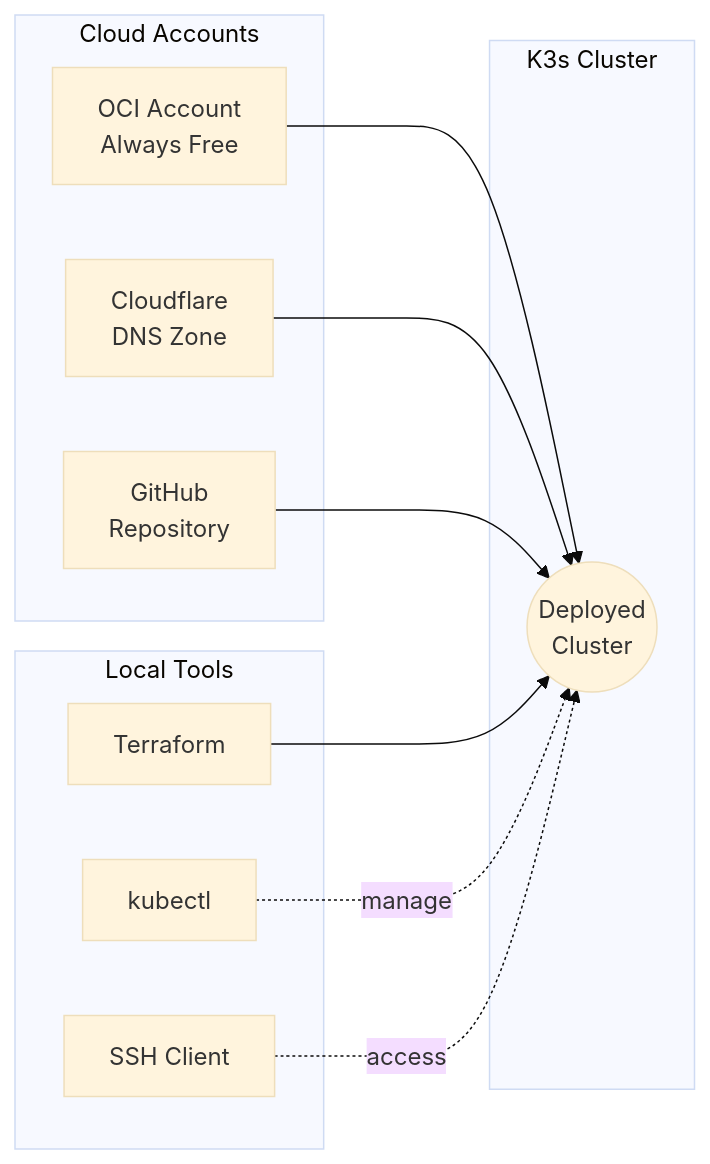
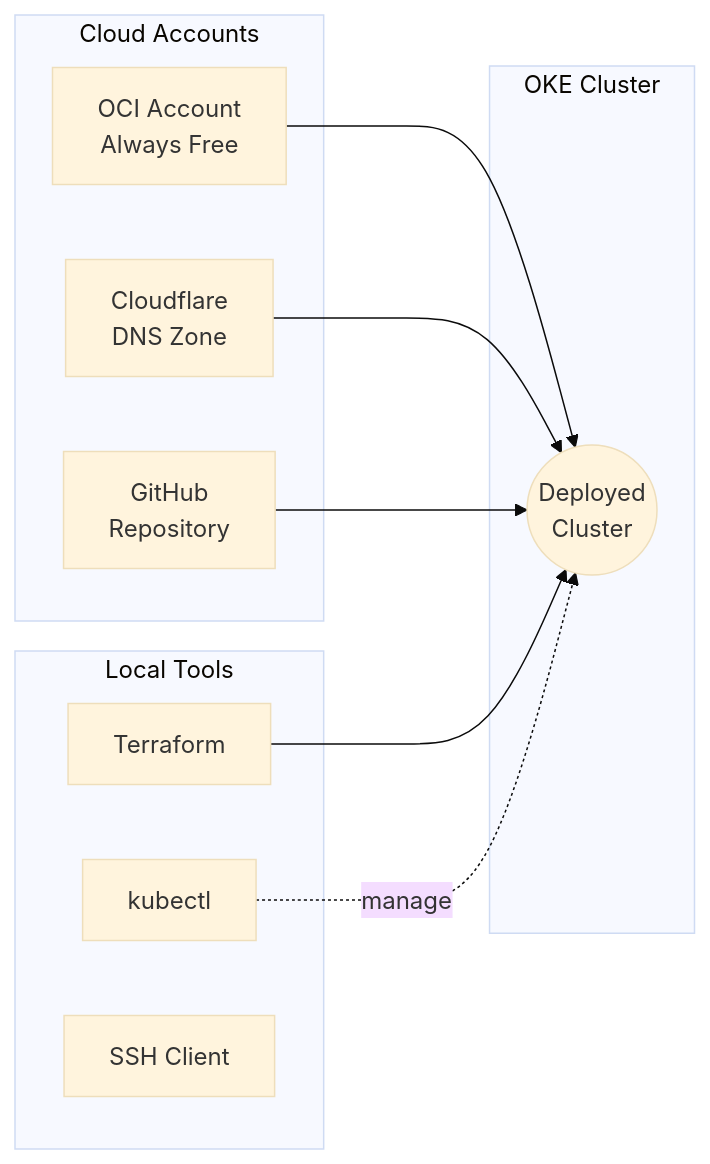
The diagram in docs/src/content/docs/getting-started/prerequisites.md (nsudhanva/k8s-oracle), drawn with Mermaid (base theme) before and after one commit. The commit also changed other lines of this file and 16 other files, not shown here.

Commit message:
docs: update architecture to OKE and fix envoy gateway subnet

````diff
--- a/docs/src/content/docs/getting-started/prerequisites.md
+++ b/docs/src/content/docs/getting-started/prerequisites.md
@@ -6,25 +6,24 @@
 ```mermaid
 flowchart LR
     subgraph Accounts["Cloud Accounts"]
         OCI[OCI Account<br/>Always Free]
         CF[Cloudflare<br/>DNS Zone]
         GH[GitHub<br/>Repository]
     end
 
     subgraph Tools["Local Tools"]
         TF[Terraform]
         KU[kubectl]
         SSH[SSH Client]
     end
 
-    subgraph Cluster["K3s Cluster"]
+    subgraph Cluster["OKE Cluster"]
         K3s((Deployed<br/>Cluster))
     end
 
     OCI --> K3s
     CF --> K3s
     GH --> K3s
     TF --> K3s
     KU -.->|manage| K3s
-    SSH -.->|access| K3s
 ```
````
